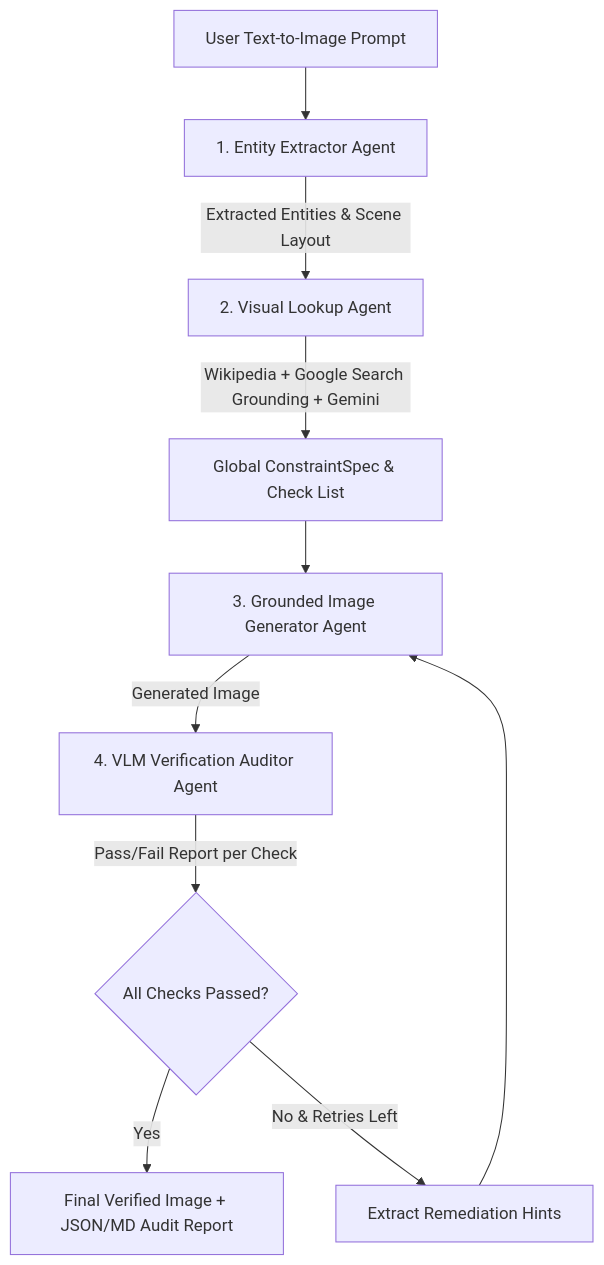
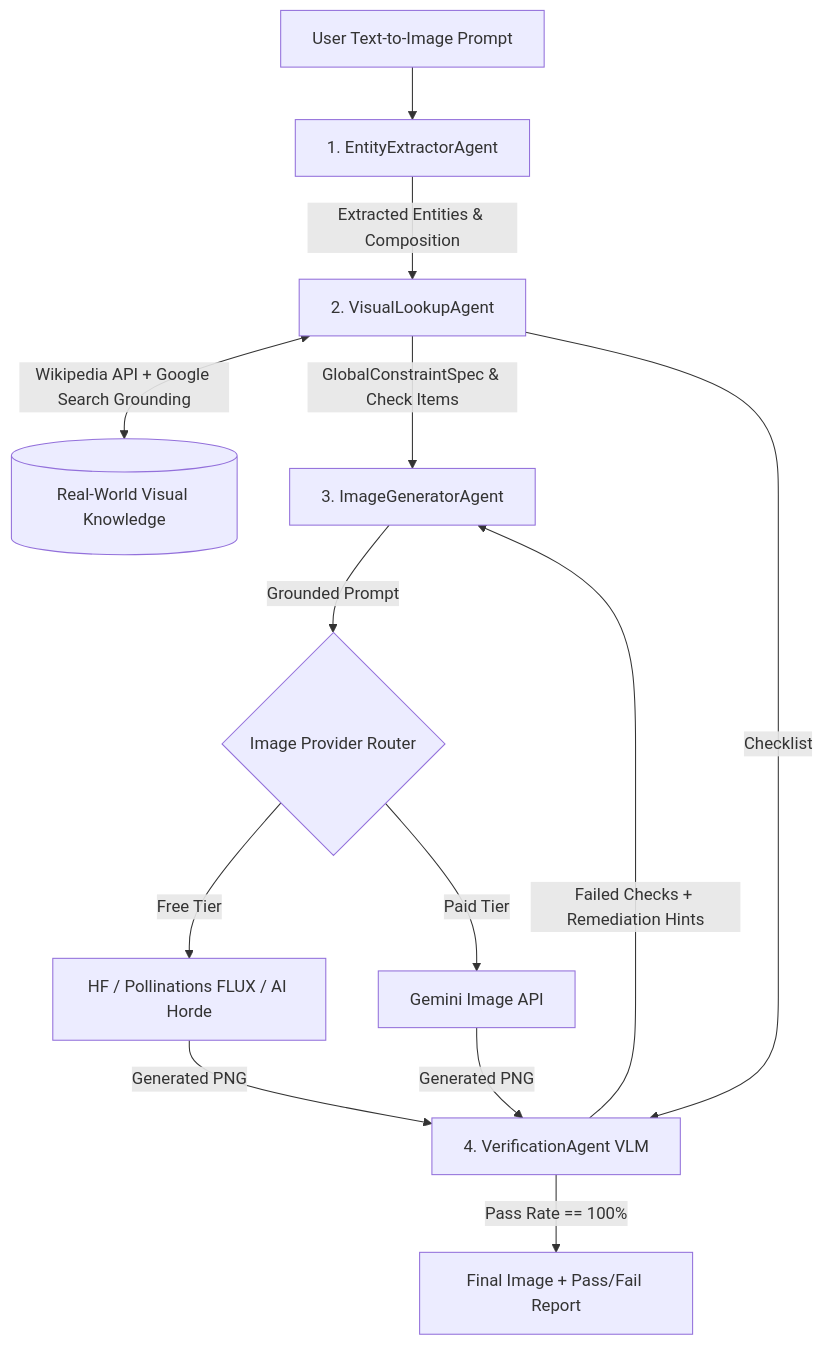
Before and after one commit to itzPEKOS/entity-grounded-image-generation: the diagram in README.md, drawn with Mermaid. The commit also changed other lines of this file and 1 other file, not shown here.

````diff
--- a/README.md
+++ b/README.md
@@ -9,12 +20,14 @@
 ```mermaid
 flowchart TD
-    A[User Text-to-Image Prompt] --> B[1. Entity Extractor Agent]
-    B -->|Extracted Entities & Scene Layout| C[2. Visual Lookup Agent]
-    C -->|Wikipedia + Google Search Grounding + Gemini| D[Global ConstraintSpec & Check List]
-    D --> E[3. Grounded Image Generator Agent]
-    E -->|Generated Image| F[4. VLM Verification Auditor Agent]
-    F -->|Pass/Fail Report per Check| G{All Checks Passed?}
-    G -->|Yes| H[Final Verified Image + JSON/MD Audit Report]
-    G -->|No & Retries Left| I[Extract Remediation Hints]
-    I --> E
+    A[User Text-to-Image Prompt] --> B[1. EntityExtractorAgent]
+    B -->|Extracted Entities & Composition| C[2. VisualLookupAgent]
+    C <-->|Wikipedia API + Google Search Grounding| D[(Real-World Visual Knowledge)]
+    C -->|GlobalConstraintSpec & Check Items| E[3. ImageGeneratorAgent]
+    E -->|Grounded Prompt| F{Image Provider Router}
+    F -->|Free Tier| G[HF / Pollinations FLUX / AI Horde]
+    F -->|Paid Tier| H[Gemini Image API]
+    G & H -->|Generated PNG| I[4. VerificationAgent VLM]
+    C -->|Checklist| I
+    I -->|Pass Rate == 100%| J[Final Image + Pass/Fail Report]
+    I -->|Failed Checks + Remediation Hints| E
 ```
````
